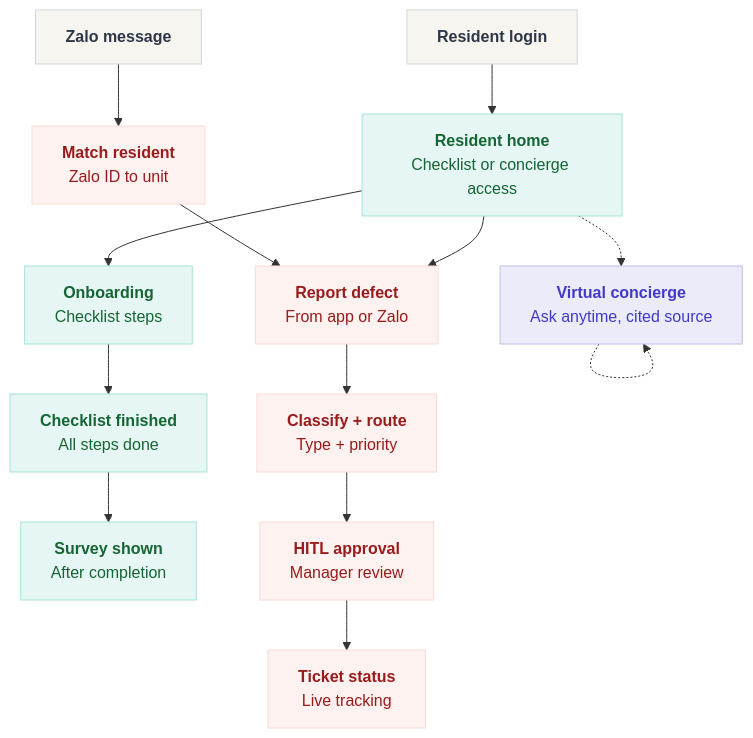
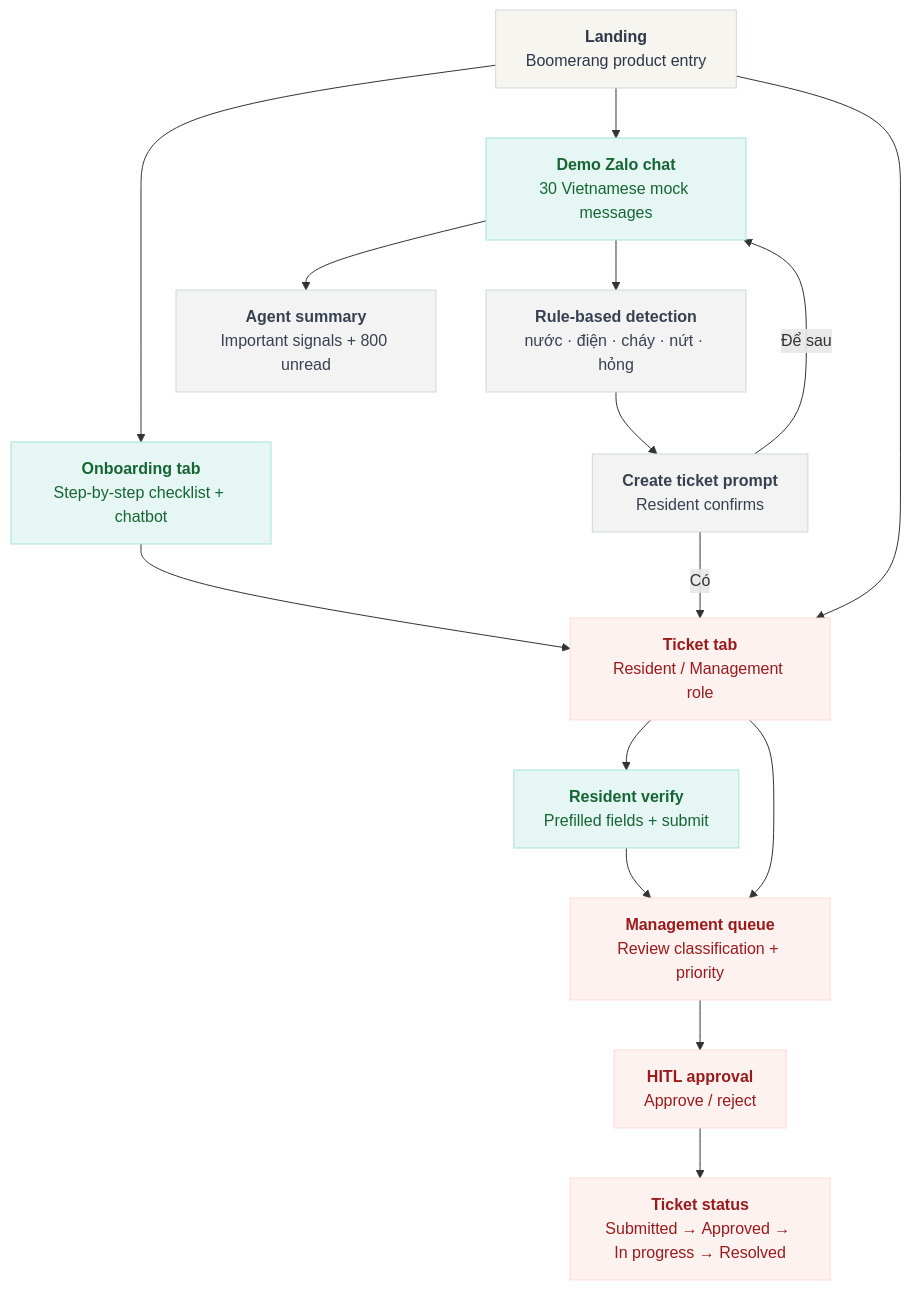
Before and after one commit to nguyendangtran2110-bit/p052-deploy: the diagram in docs/uiFlow.mermaid, drawn with Mermaid. The commit also changed 30 other files, not shown here.

```diff
--- a/docs/uiFlow.mermaid
+++ b/docs/uiFlow.mermaid
@@ -1,46 +1,36 @@
 graph TD
-    %% Define Nodes
-    Login["<b>Resident login</b>"]
-    ZaloMsg["<b>Zalo message</b>"]
+    Landing["<b>Landing</b><br/>Boomerang product entry"]
+    Onboarding["<b>Onboarding tab</b><br/>Step-by-step checklist + chatbot"]
+    Zalo["<b>Demo Zalo chat</b><br/>30 Vietnamese mock messages"]
+    Summary["<b>Agent summary</b><br/>Important signals + 800 unread"]
+    Detect["<b>Rule-based detection</b><br/>nước · điện · cháy · nứt · hỏng"]
+    Prompt["<b>Create ticket prompt</b><br/>Resident confirms"]
+    Ticket["<b>Ticket tab</b><br/>Resident / Management role"]
+    Verify["<b>Resident verify</b><br/>Prefilled fields + submit"]
+    Queue["<b>Management queue</b><br/>Review classification + priority"]
+    HITL["<b>HITL approval</b><br/>Approve / reject"]
+    Status["<b>Ticket status</b><br/>Submitted → Approved → In progress → Resolved"]
 
-    ResHome["<b>Resident home</b><br/>Checklist or concierge access"]
-    Onboarding["<b>Onboarding</b><br/>Checklist steps"]
-    ChecklistDone["<b>Checklist finished</b><br/>All steps done"]
-    Survey["<b>Survey shown</b><br/>After completion"]
+    Landing --> Onboarding
+    Landing --> Zalo
+    Landing --> Ticket
+    Onboarding --> Ticket
+    Zalo --> Summary
+    Zalo --> Detect
+    Detect --> Prompt
+    Prompt -->|Có| Ticket
+    Prompt -->|Để sau| Zalo
+    Ticket --> Verify
+    Ticket --> Queue
+    Verify --> Queue
+    Queue --> HITL
+    HITL --> Status
 
-    VirtualConcierge["<b>Virtual concierge</b><br/>Ask anytime, cited source"]
-
-    MatchRes["<b>Match resident</b><br/>Zalo ID to unit"]
-    ReportDefect["<b>Report defect</b><br/>From app or Zalo"]
-    ClassifyRoute["<b>Classify + route</b><br/>Type + priority"]
-    HITL["<b>HITL approval</b><br/>Manager review"]
-    TicketStatus["<b>Ticket status</b><br/>Live tracking"]
-
-    %% Connectors
-    Login --> ResHome
-    ResHome --> Onboarding
-    Onboarding --> ChecklistDone
-    ChecklistDone --> Survey
-
-    ResHome -.-> VirtualConcierge
-    VirtualConcierge -.-> VirtualConcierge
-
-    ZaloMsg --> MatchRes
-    MatchRes --> ReportDefect
-    ResHome --> ReportDefect
-    ReportDefect --> ClassifyRoute
-    ClassifyRoute --> HITL
-    HITL --> TicketStatus
-
-    %% Styles
-    classDef startup fill:#F7F5F0,stroke:#D1D5DB,stroke-width:1px,color:#2D3748;
-    class Login,ZaloMsg startup;
-
-    classDef greenNode fill:#E6F6F4,stroke:#A3E4D7,stroke-width:1px,color:#166534;
-    class ResHome,Onboarding,ChecklistDone,Survey greenNode;
-
-    classDef purpleNode fill:#EBEBFA,stroke:#C0C0EB,stroke-width:1px,color:#4338CA;
-    class VirtualConcierge purpleNode;
-
-    classDef redNode fill:#FDF2F0,stroke:#FADBD8,stroke-width:1px,color:#991B1B;
-    class MatchRes,ReportDefect,ClassifyRoute,HITL,TicketStatus redNode;
+    classDef marketing fill:#F7F5F0,stroke:#D1D5DB,stroke-width:1px,color:#2D3748;
+    class Landing marketing;
+    classDef resident fill:#E6F6F4,stroke:#A3E4D7,stroke-width:1px,color:#166534;
+    class Onboarding,Zalo,Verify resident;
+    classDef agent fill:#F4F3F3,stroke:#D1D5DB,stroke-width:1px,color:#374151;
+    class Summary,Detect,Prompt agent;
+    classDef management fill:#FDF2F0,stroke:#FADBD8,stroke-width:1px,color:#991B1B;
+    class Ticket,Queue,HITL,Status management;
```
